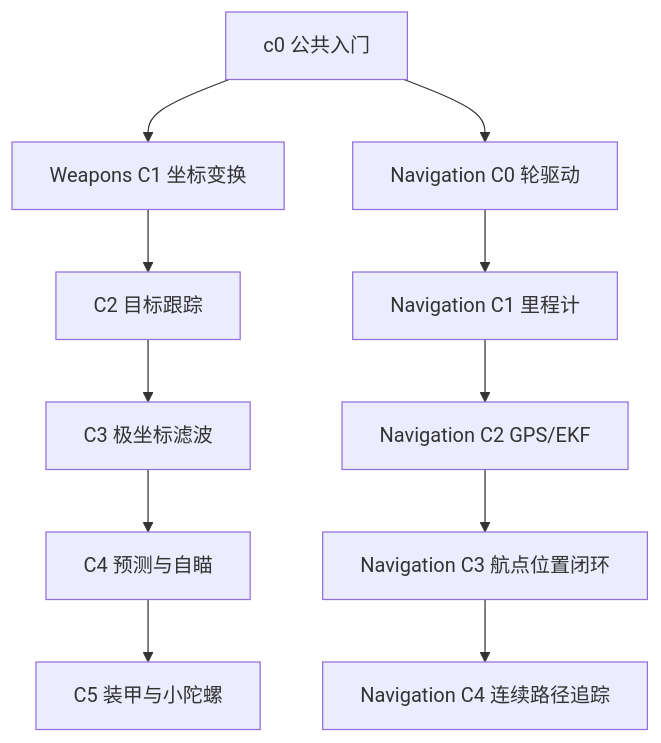
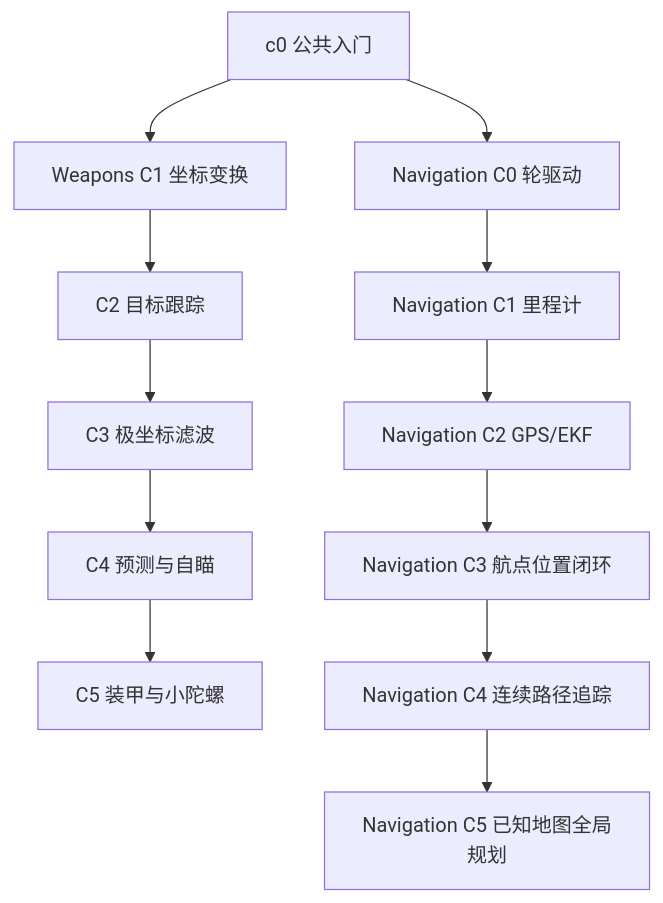
Before and after one commit to Yangyongyu0506/TankBot: the diagram in docs/36_BRANCHING_PROGRESSION.md, drawn with Mermaid. The commit also changed other lines of this file and 94 other files, not shown here.

````diff
--- a/docs/36_BRANCHING_PROGRESSION.md
+++ b/docs/36_BRANCHING_PROGRESSION.md
@@ -7,13 +7,14 @@
 ```mermaid
 flowchart TD
     I[c0 公共入门] --> W1[Weapons C1 坐标变换]
     I --> N0[Navigation C0 轮驱动]
     W1 --> W2[C2 目标跟踪]
     W2 --> W3[C3 极坐标滤波]
     W3 --> W4[C4 预测与自瞄]
     W4 --> W5[C5 装甲与小陀螺]
     N0 --> N1[Navigation C1 里程计]
     N1 --> N2[Navigation C2 GPS/EKF]
     N2 --> N3[Navigation C3 航点位置闭环]
     N3 --> N4[Navigation C4 连续路径追踪]
+    N4 --> N5[Navigation C5 已知地图全局规划]
 ```
````
